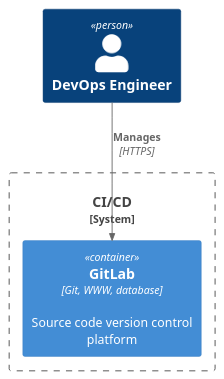
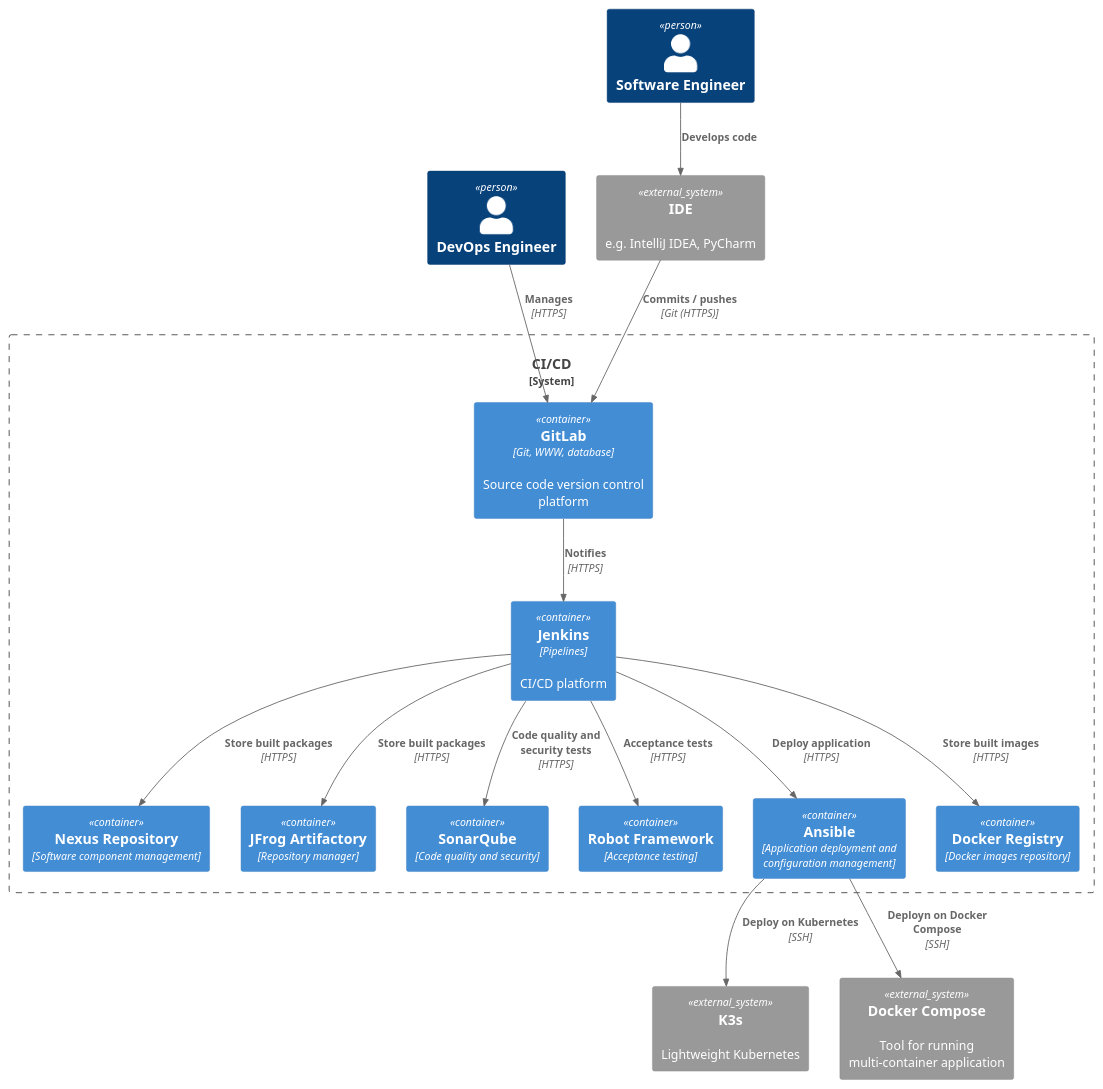
The diagram in diagrams/solution_overview.puml (sebastianczech/Learning-CI-CD), drawn with PlantUML before and after one commit.

Commit message:
Solution overview in C4 model

```diff
--- a/diagrams/solution_overview.puml
+++ b/diagrams/solution_overview.puml
@@ -1,10 +1,36 @@
 @startuml Basic Sample
 !includeurl https://raw.githubusercontent.com/RicardoNiepel/C4-PlantUML/release/1-0/C4_Container.puml
 
 Person(devops, "DevOps Engineer")
+Person(developer, "Software Engineer")
+
 System_Boundary(cicd, "CI/CD") {
     Container(gitlab, "GitLab", "Git, WWW, database", "Source code version control platform")
+    Container(jenkins, "Jenkins", "Pipelines", "CI/CD platform")
+    Container(repo_nexus, "Nexus Repository", "Software component management")
+    Container(repo_jfrog, "JFrog Artifactory", "Repository manager")
+    Container(test_sonar, "SonarQube", "Code quality and security")
+    Container(test_robot, "Robot Framework", "Acceptance testing")
+    Container(ansible, "Ansible", "Application deployment and configuration management")
+    Container(docker_registry, "Docker Registry", "Docker images repository")
 }
 
+System_Ext(dev_machine, "IDE", "e.g. IntelliJ IDEA, PyCharm")
+System_Ext(k3s, "K3s", "Lightweight Kubernetes")
+System_Ext(docker_compose, "Docker Compose", "Tool for running multi-container application")
+
+Rel(developer, dev_machine, "Develops code")
 Rel(devops, gitlab, "Manages", "HTTPS")
+
+Rel(dev_machine, gitlab, "Commits / pushes", "Git (HTTPS)")
+Rel(gitlab, jenkins, "Notifies", "HTTPS")
+Rel(jenkins, repo_nexus, "Store built packages", "HTTPS")
+Rel(jenkins, repo_jfrog, "Store built packages", "HTTPS")
+Rel(jenkins, test_robot, "Acceptance tests", "HTTPS")
+Rel(jenkins, test_sonar, "Code quality and security tests", "HTTPS")
+Rel(jenkins, ansible, "Deploy application", "HTTPS")
+Rel(jenkins, docker_registry, "Store built images", "HTTPS")
+Rel(ansible, k3s, "Deploy on Kubernetes", "SSH")
+Rel(ansible, docker_compose, "Deployn on Docker Compose", "SSH")
+
 @enduml
```
